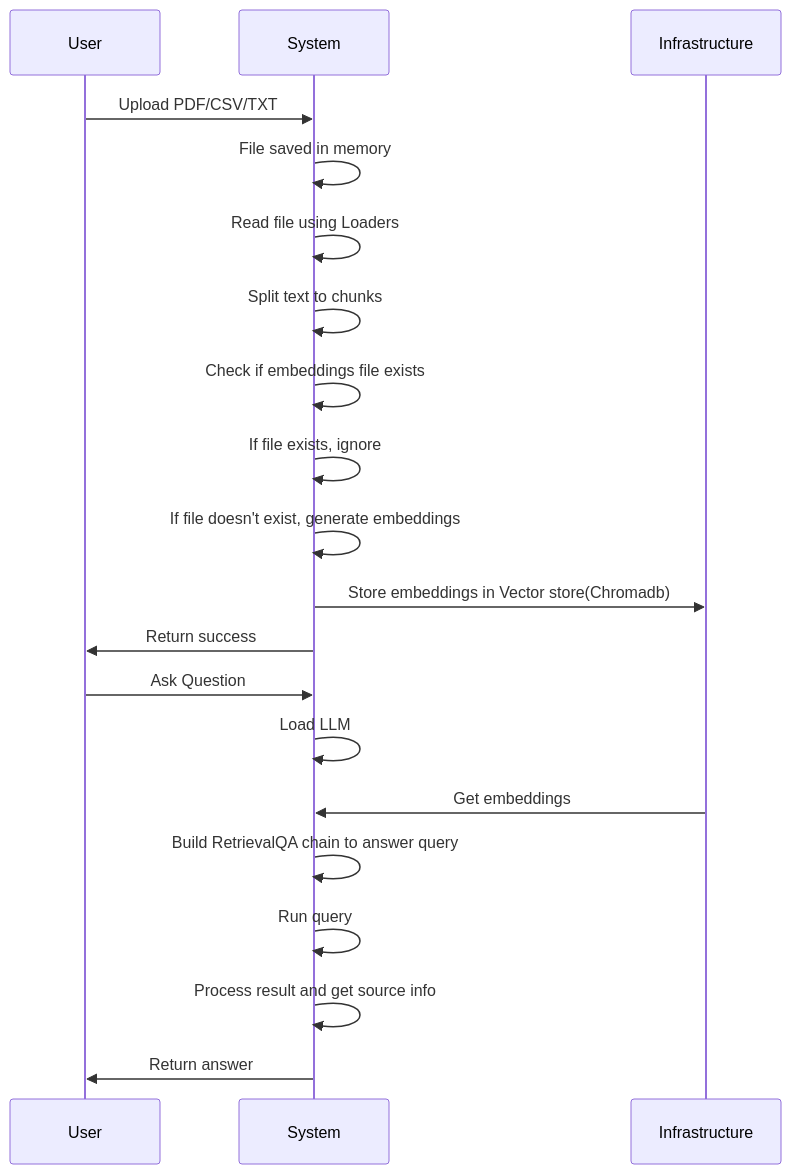
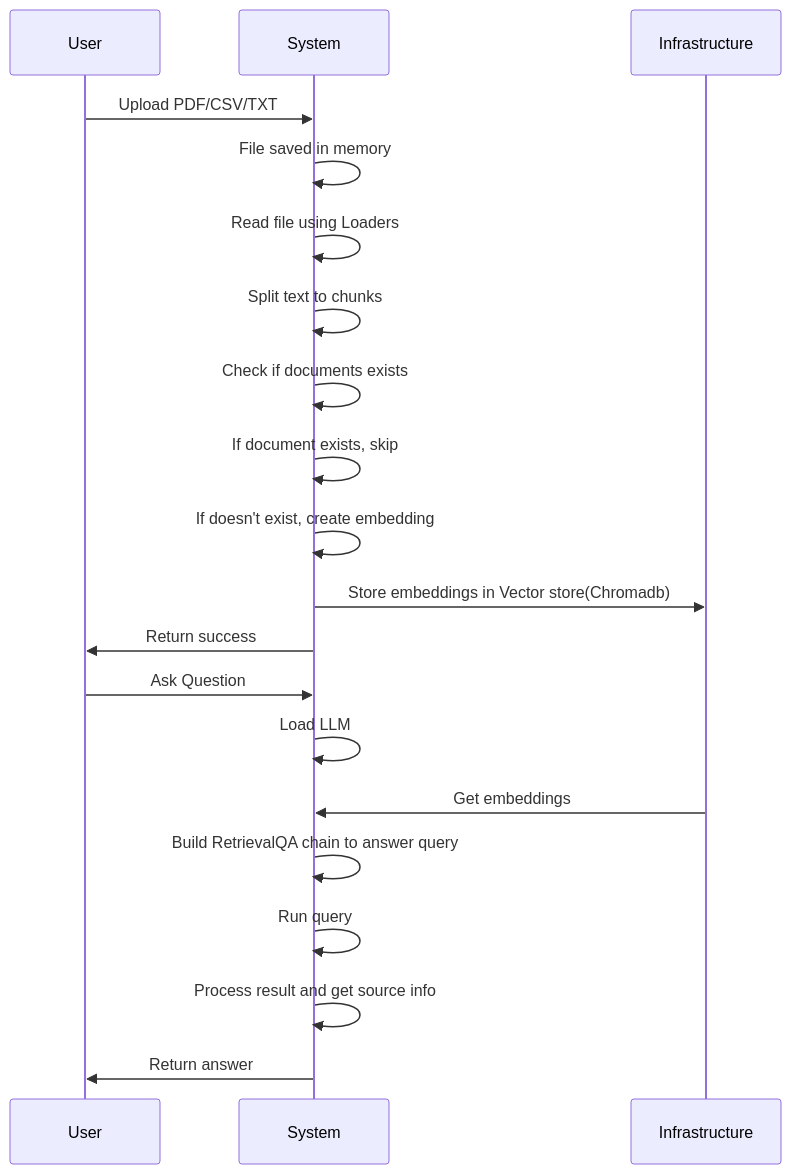
Before and after one commit to harshit105/aiqna: the diagram in README.md, drawn with Mermaid.

````diff
--- a/README.md
+++ b/README.md
@@ -5,25 +5,25 @@
 ```mermaid
 sequenceDiagram
     participant User
     participant System
     participant Infrastructure
 
     User->>System: Upload PDF/CSV/TXT
 
     System->>System: File saved in memory
     System->>System: Read file using Loaders
     System->>System: Split text to chunks
-    System->>System: Check if embeddings file exists
-    System->>System: If file exists, ignore
-    System->>System: If file doesn't exist, generate embeddings
+    System->>System: Check if documents exists
+    System->>System: If document exists, skip
+    System->>System: If doesn't exist, create embedding
     System->>Infrastructure: Store embeddings in Vector store(Chromadb)
     System->>User: Return success
 
     User->>System: Ask Question
     System->>System: Load LLM
     Infrastructure->>System: Get embeddings
     System->>System: Build RetrievalQA chain to answer query
     System->>System: Run query
     System->>System: Process result and get source info
     System->>User: Return answer
 ```
````
